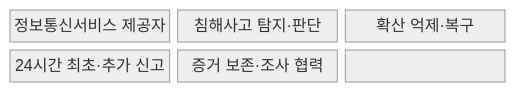
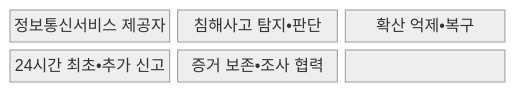
The first of 2 diagrams in src/content/docs/notes/07-law-policy/024_network_act_incident_report.md (agnusdei1207/knowledge-base), drawn with Mermaid (neutral theme) before and after one commit. The commit also changed other lines of this file and 953 other files, not shown here.

````diff
--- a/src/content/docs/notes/07-law-policy/024_network_act_incident_report.md
+++ b/src/content/docs/notes/07-law-policy/024_network_act_incident_report.md
@@ -70,11 +70,11 @@
 ```mermaid
 block-beta
   columns 3
   N0["정보통신서비스 제공자"]
-  N1["침해사고 탐지·판단"]
-  N2["확산 억제·복구"]
-  N3["24시간 최초·추가 신고"]
-  N4["증거 보존·조사 협력"]
+  N1["침해사고 탐지•판단"]
+  N2["확산 억제•복구"]
+  N3["24시간 최초•추가 신고"]
+  N4["증거 보존•조사 협력"]
   N0 --- N1 --- N2
   N2 --- N3 --- N4
 ```
````
